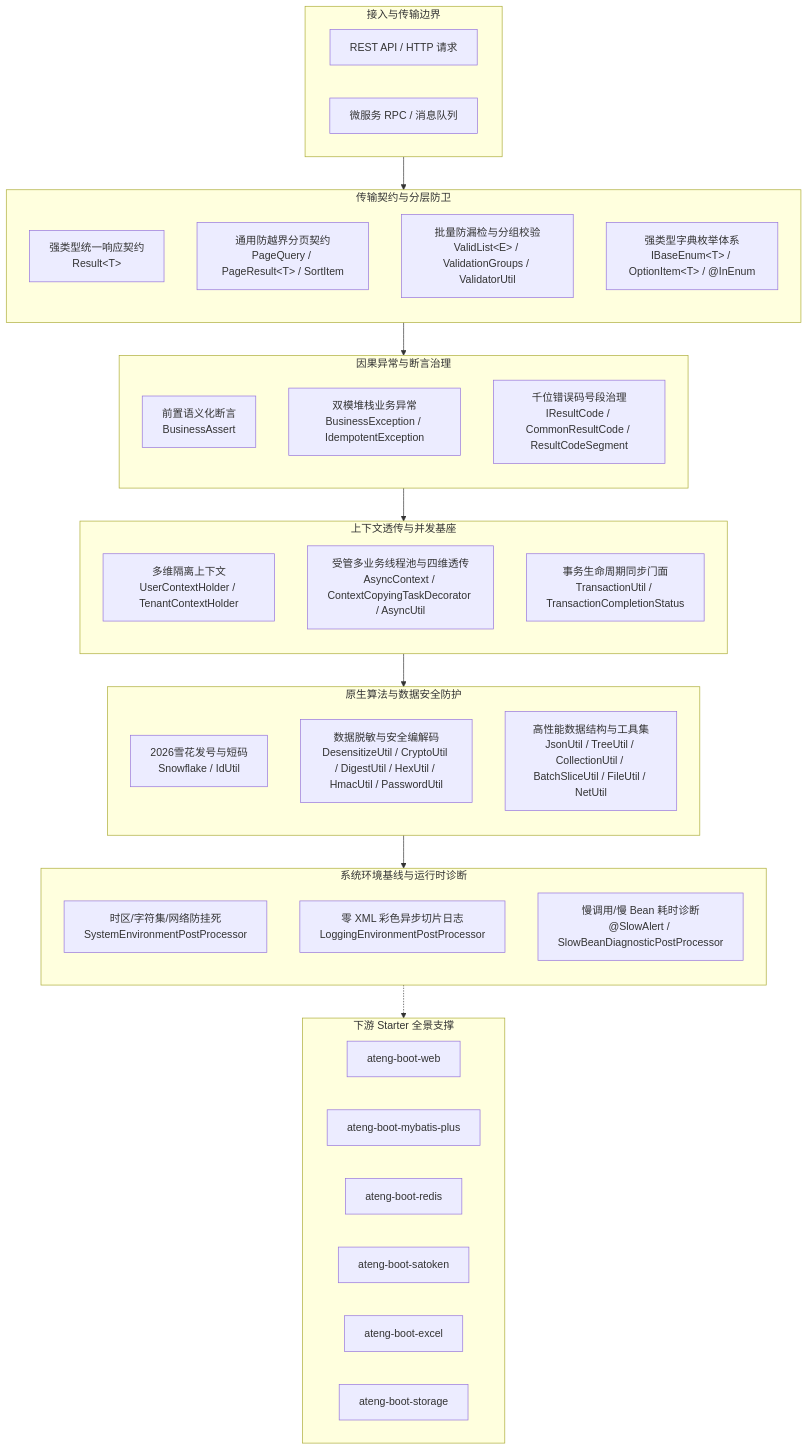
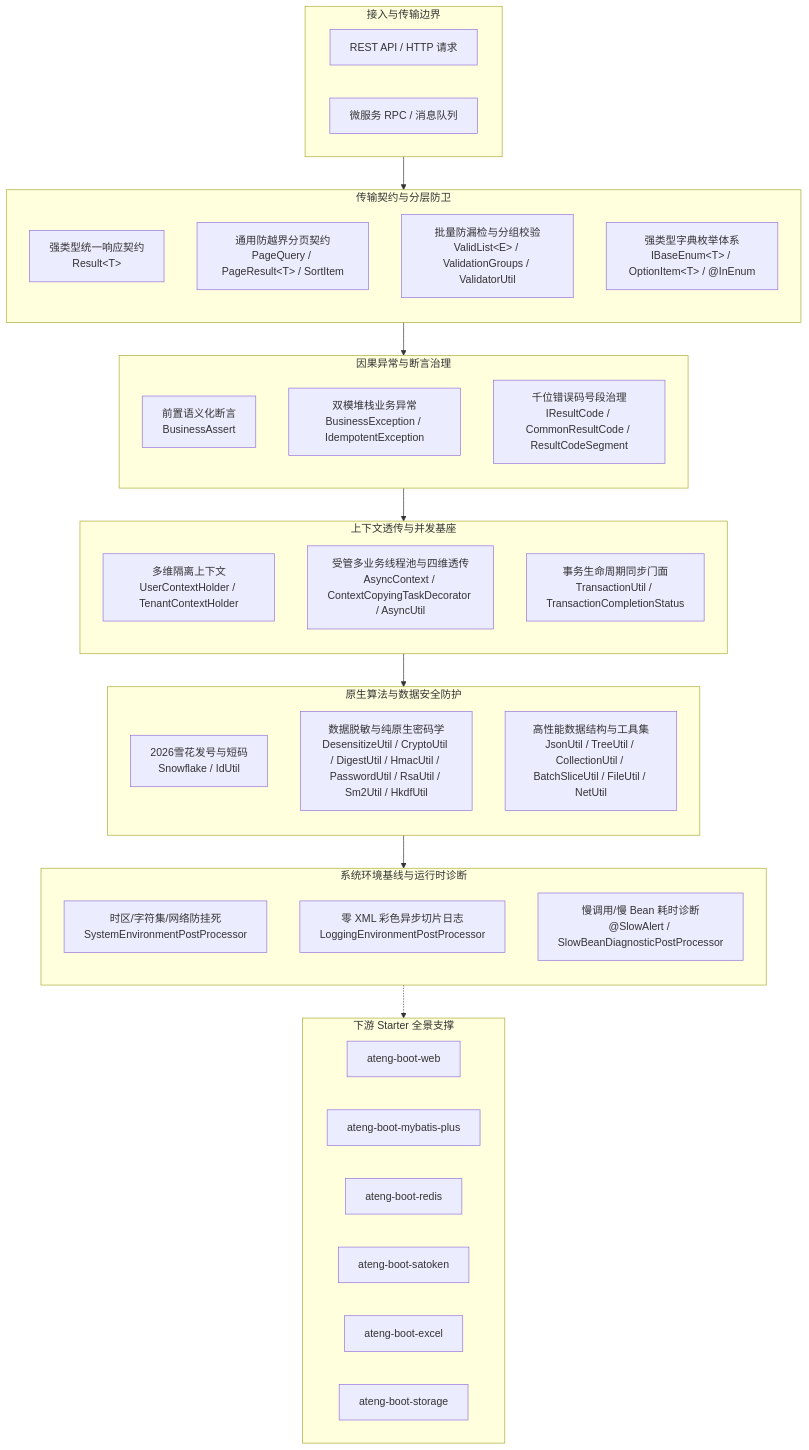
One commit to atengk/ateng-boot changed the diagram in ateng-boot-core/README.md. Above: the diagram before and after it, drawn with Mermaid. The commit also changed other lines of this file and 39 other files, not shown here.

````diff
--- a/ateng-boot-core/README.md
+++ b/ateng-boot-core/README.md
@@ -97,61 +100,61 @@
 ```mermaid
 flowchart TD
     subgraph Client["接入与传输边界"]
         direction LR
         REST["REST API / HTTP 请求"]
         RPC["微服务 RPC / 消息队列"]
     end
 
     subgraph CoreContract["传输契约与分层防卫"]
         direction TB
         R["强类型统一响应契约<br/>Result&lt;T&gt;"]
         PQ["通用防越界分页契约<br/>PageQuery / PageResult&lt;T&gt; / SortItem"]
         VL["批量防漏检与分组校验<br/>ValidList&lt;E&gt; / ValidationGroups / ValidatorUtil"]
         BE["强类型字典枚举体系<br/>IBaseEnum&lt;T&gt; / OptionItem&lt;T&gt; / @InEnum"]
     end
 
     subgraph CoreDefense["因果异常与断言治理"]
         direction TB
         BA["前置语义化断言<br/>BusinessAssert"]
         EX["双模堆栈业务异常<br/>BusinessException / IdempotentException"]
         RC["千位错误码号段治理<br/>IResultCode / CommonResultCode / ResultCodeSegment"]
     end
 
     subgraph CorePlatform["上下文透传与并发基座"]
         direction TB
         CTX["多维隔离上下文<br/>UserContextHolder / TenantContextHolder"]
         ASYNC["受管多业务线程池与四维透传<br/>AsyncContext / ContextCopyingTaskDecorator / AsyncUtil"]
         TX["事务生命周期同步门面<br/>TransactionUtil / TransactionCompletionStatus"]
     end
 
     subgraph CoreAlgorithms["原生算法与数据安全防护"]
         direction TB
         ID["2026雪花发号与短码<br/>Snowflake / IdUtil"]
-        SEC["数据脱敏与安全编解码<br/>DesensitizeUtil / CryptoUtil / DigestUtil / HexUtil / HmacUtil / PasswordUtil"]
+        SEC["数据脱敏与纯原生密码学<br/>DesensitizeUtil / CryptoUtil / DigestUtil / HmacUtil / PasswordUtil / RsaUtil / Sm2Util / HkdfUtil"]
         DATA["高性能数据结构与工具集<br/>JsonUtil / TreeUtil / CollectionUtil / BatchSliceUtil / FileUtil / NetUtil"]
     end
 
     subgraph CoreBaseline["系统环境基线与运行时诊断"]
         direction TB
         SYS["时区/字符集/网络防挂死<br/>SystemEnvironmentPostProcessor"]
         LOG["零 XML 彩色异步切片日志<br/>LoggingEnvironmentPostProcessor"]
         SLOW["慢调用/慢 Bean 耗时诊断<br/>@SlowAlert / SlowBeanDiagnosticPostProcessor"]
     end
 
     subgraph Downstream["下游 Starter 全景支撑"]
         direction LR
         WEB["ateng-boot-web"]
         MP["ateng-boot-mybatis-plus"]
         RDS["ateng-boot-redis"]
         SA["ateng-boot-satoken"]
         XLS["ateng-boot-excel"]
         OSS["ateng-boot-storage"]
     end
 
     Client --> CoreContract
     CoreContract --> CoreDefense
     CoreDefense --> CorePlatform
     CorePlatform --> CoreAlgorithms
     CoreAlgorithms --> CoreBaseline
     CoreBaseline -.-> Downstream
 ```
````
